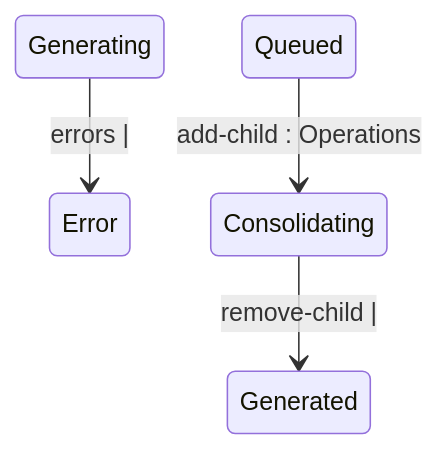
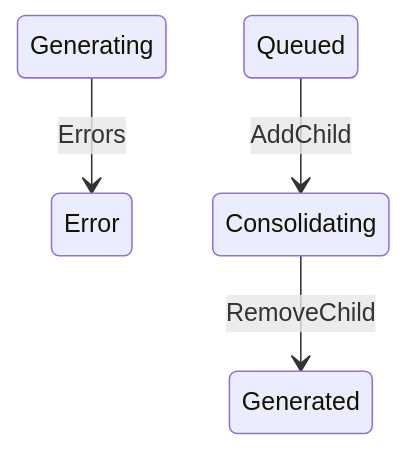
One commit to mikhailtchesnokov/gitbook changed the diagram in developer-resources/rest-api/billing-api/statement/state-diagram.md. Above: the diagram before and after it, drawn with Mermaid. The commit also changed 151 other files, not shown here.

````diff
--- a/developer-resources/rest-api/billing-api/statement/state-diagram.md
+++ b/developer-resources/rest-api/billing-api/statement/state-diagram.md
@@ -13,6 +13,6 @@
 ```mermaid
 stateDiagram-v2
-    Generating --> Error : errors |
-    Queued --> Consolidating : add-child : Operations
-    Consolidating --> Generated : remove-child |
+    Generating --> Error : Errors
+    Queued --> Consolidating : AddChild
+    Consolidating --> Generated : RemoveChild
 ```
````
